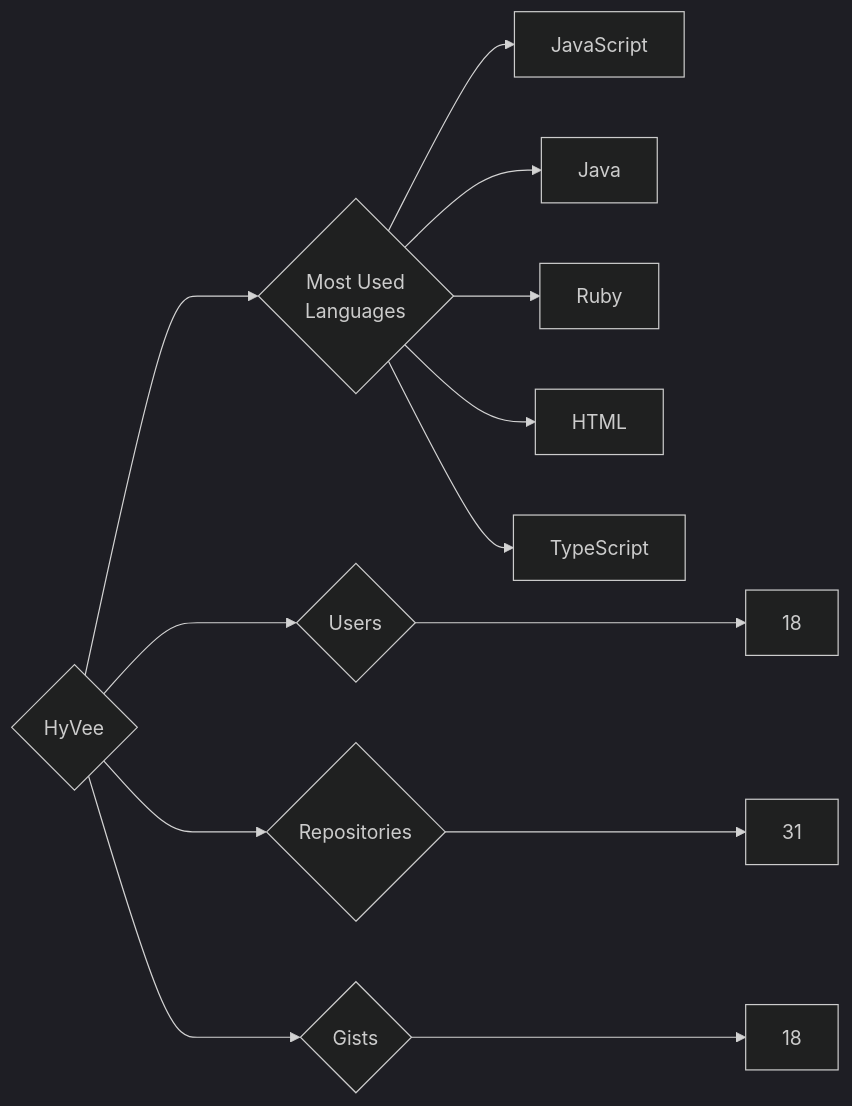
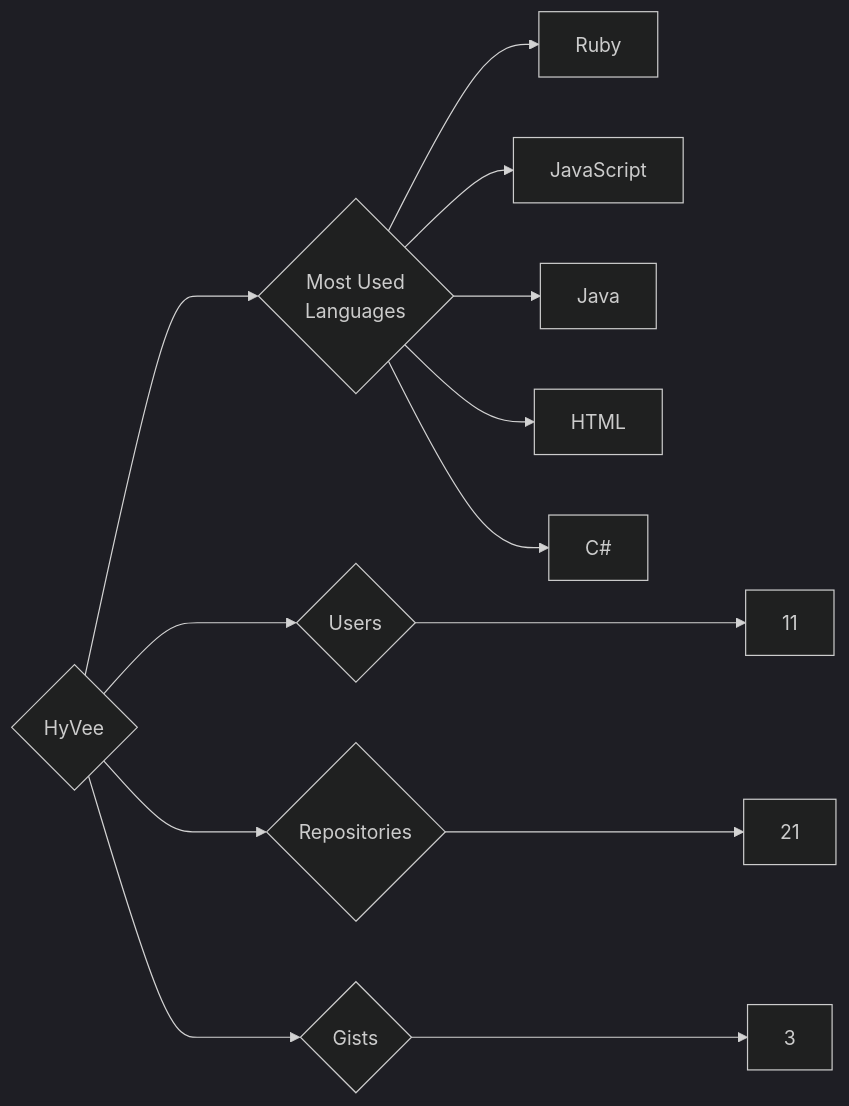
One commit to trickest/insiders changed the diagram in targets/HyVee/README.md. Above: the diagram before and after it, drawn with Mermaid (dark theme). The commit also changed 935 other files, not shown here.

````diff
--- a/targets/HyVee/README.md
+++ b/targets/HyVee/README.md
@@ -3,13 +3,13 @@
 ```mermaid
 graph LR
 COMPANY_NAME{HyVee}
-COMPANY_NAME ---> U{Users} ---> UN[18]
-COMPANY_NAME ---> R{Repositories} ---> RN[31]
-COMPANY_NAME ---> G{Gists} ---> GN[18]
+COMPANY_NAME ---> U{Users} ---> UN[11]
+COMPANY_NAME ---> R{Repositories} ---> RN[21]
+COMPANY_NAME ---> G{Gists} ---> GN[3]
 COMPANY_NAME ---> ML{Most Used<br>Languages}
+ML --> Ruby[Ruby]
 ML --> JavaScript[JavaScript]
 ML --> Java[Java]
-ML --> Ruby[Ruby]
 ML --> HTML[HTML]
-ML --> TypeScript[TypeScript]
+ML --> C#[C#]
 ```
````
